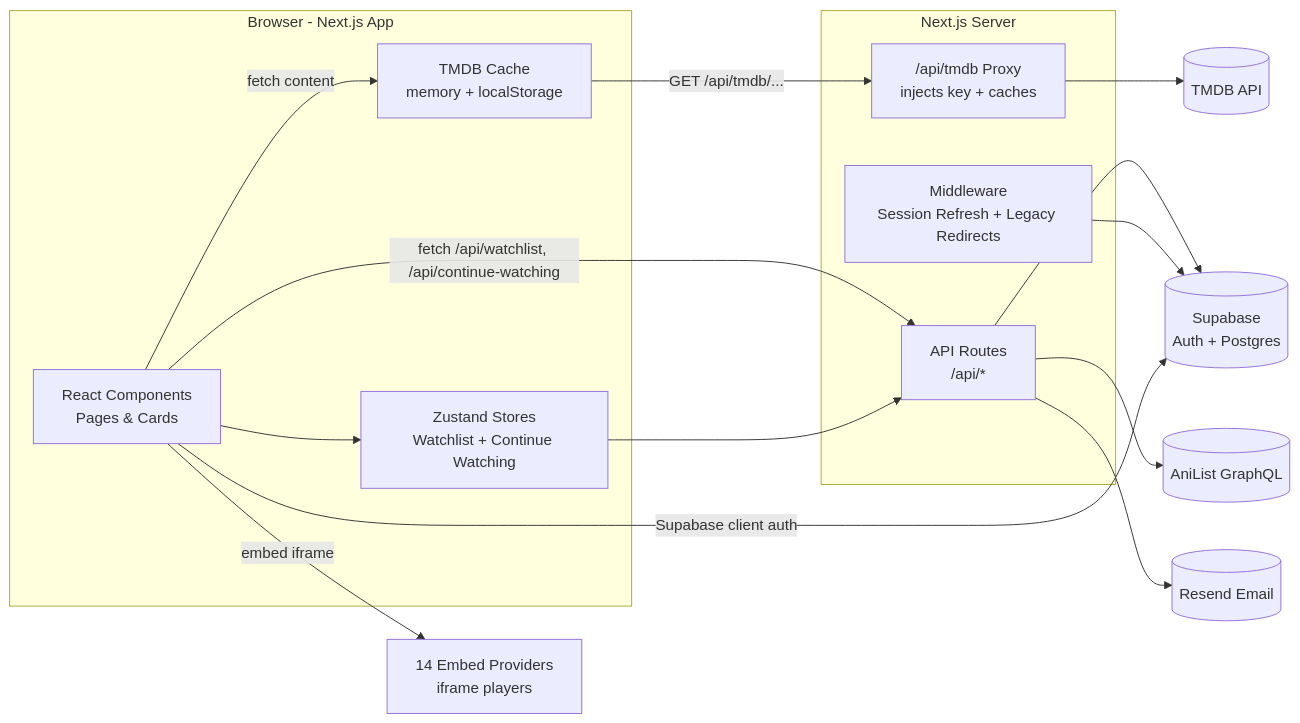
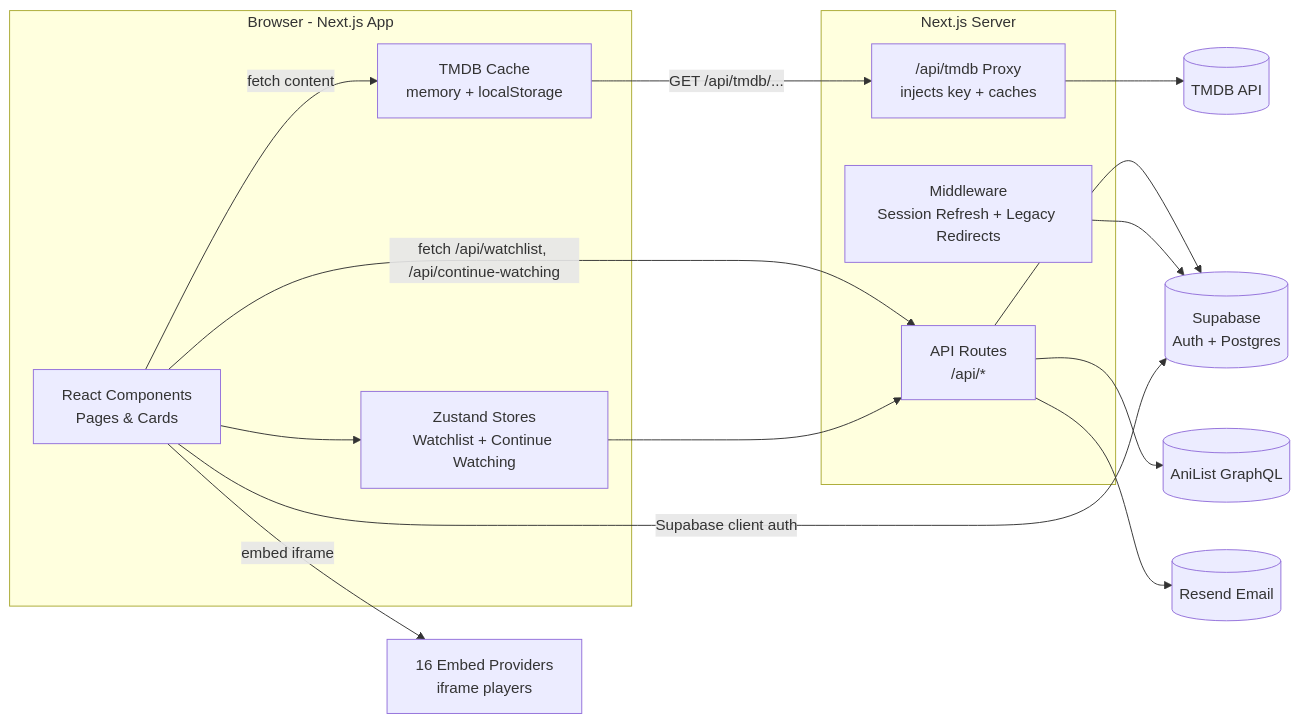
One commit to Manvithudupa/movime changed the diagram in README.md. Above: the diagram before and after it, drawn with Mermaid. The commit also changed other lines of this file and 4 other files, not shown here.

````diff
--- a/README.md
+++ b/README.md
@@ -179,33 +179,33 @@
 ```mermaid
 flowchart LR
     subgraph Browser[Browser - Next.js App]
         UI[React Components<br/>Pages & Cards]
         ZS[Zustand Stores<br/>Watchlist + Continue Watching]
         CACHE[TMDB Cache<br/>memory + localStorage]
     end
 
     subgraph API[Next.js Server]
         AR["API Routes<br/>/api/*"]
         PXY["/api/tmdb Proxy<br/>injects key + caches"]
         MW[Middleware<br/>Session Refresh + Legacy Redirects]
     end
 
     TMDB[(TMDB API)]
     ANI[(AniList GraphQL)]
     SUP[(Supabase<br/>Auth + Postgres)]
     RES[(Resend Email)]
-    EMB[14 Embed Providers<br/>iframe players]
+    EMB[16 Embed Providers<br/>iframe players]
 
     UI -->|fetch content| CACHE
     CACHE -->|GET /api/tmdb/...| PXY
     PXY --> TMDB
     UI -->|fetch /api/watchlist, /api/continue-watching| AR
     UI -->|embed iframe| EMB
     AR --> SUP
     AR --> ANI
     AR --> RES
     MW --> SUP
     UI --> ZS
     ZS --> AR
     UI -->|Supabase client auth| SUP
 ```
````
